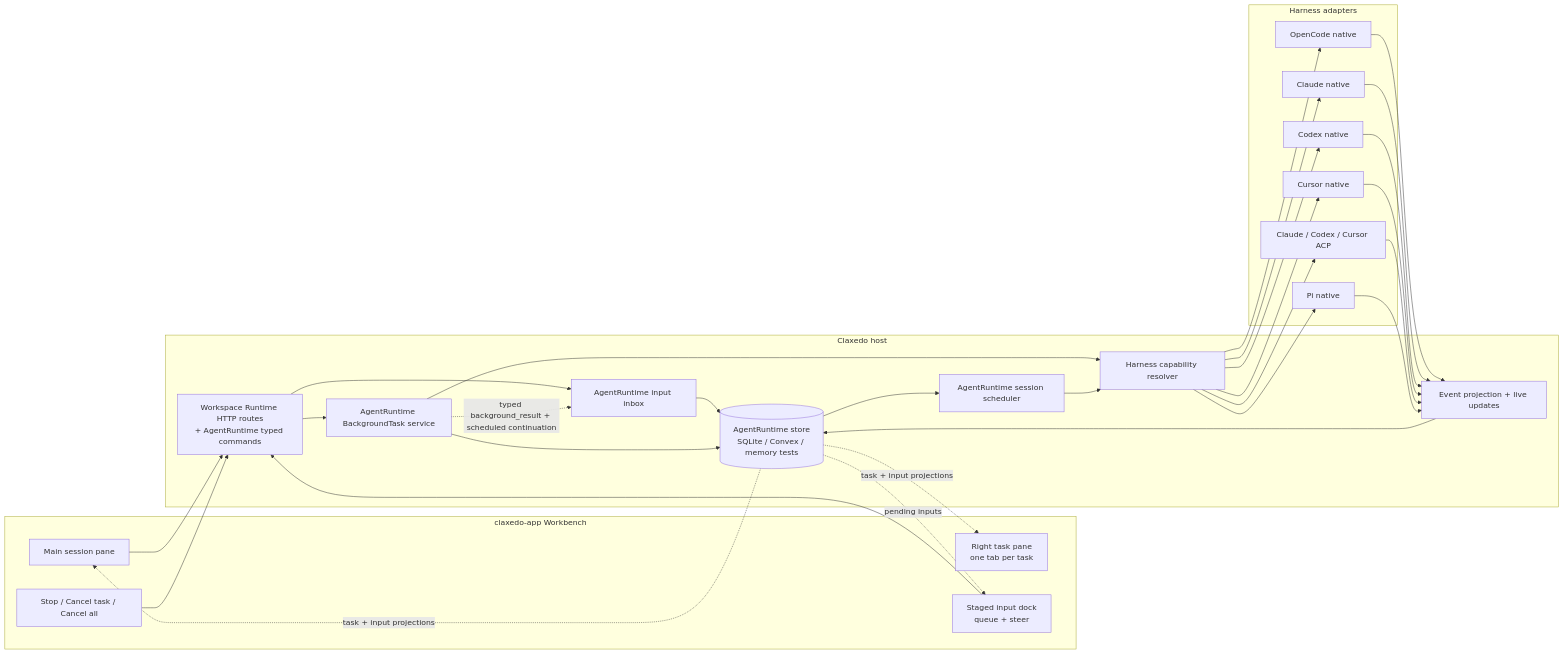
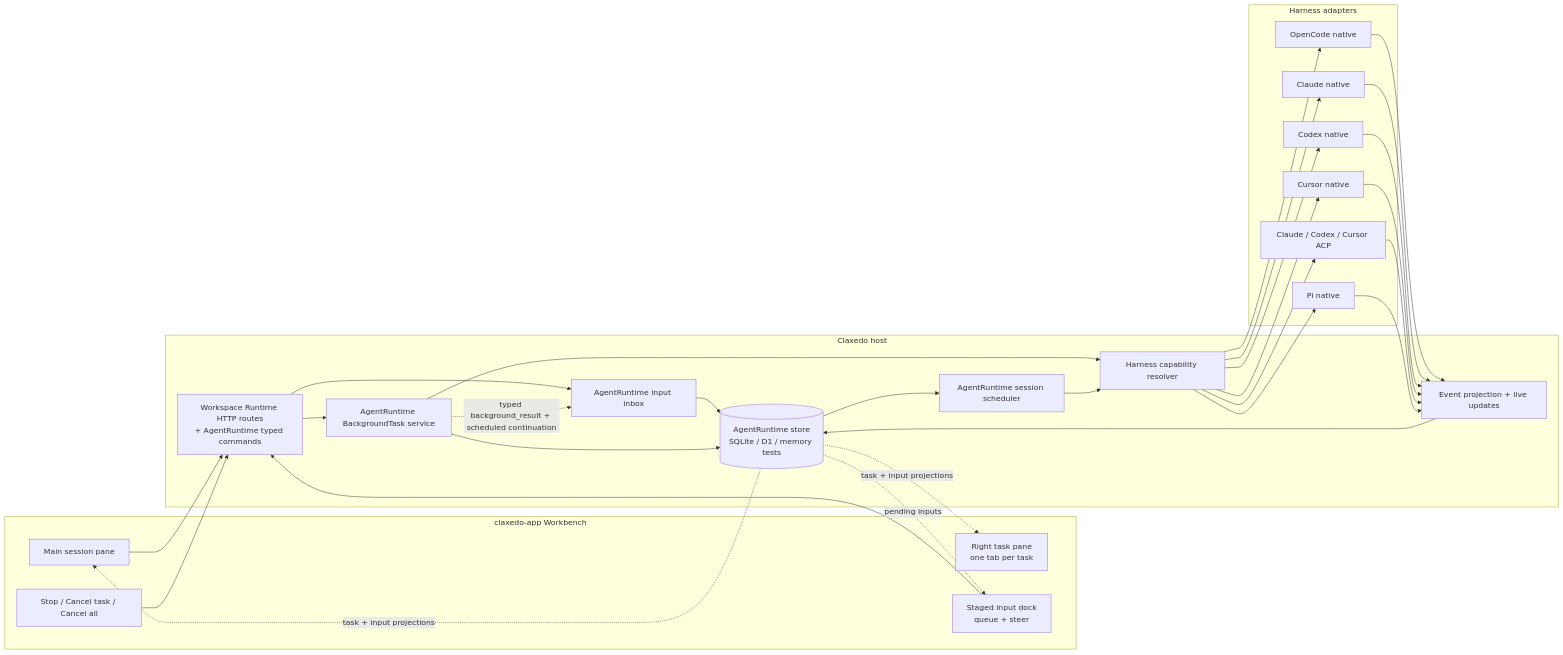
One commit to kyashrathore/Claxedo changed the first of 5 diagrams in docs/plans/2026-07-18-002-feat-background-agents-steering-plan.md. Above: the diagram before and after it, drawn with Mermaid. The commit also changed other lines of this file and 868 other files, not shown here.

````diff
--- a/docs/plans/2026-07-18-002-feat-background-agents-steering-plan.md
+++ b/docs/plans/2026-07-18-002-feat-background-agents-steering-plan.md
@@ -335,46 +335,46 @@
 ```mermaid
 flowchart LR
   subgraph UI [claxedo-app Workbench]
     MAIN["Main session pane"]
     TASKS["Right task pane\none tab per task"]
     STAGED["Staged input dock\nqueue + steer"]
     CONTROLS["Stop / Cancel task / Cancel all"]
   end
 
   subgraph HOST [Claxedo host]
     CMD["Workspace Runtime HTTP routes\n+ AgentRuntime typed commands"]
     INPUT["AgentRuntime input inbox"]
     TS["AgentRuntime BackgroundTask service"]
-    STORE[("AgentRuntime store\nSQLite / Convex / memory tests")]
+    STORE[("AgentRuntime store\nSQLite / D1 / memory tests")]
     EXEC["AgentRuntime session scheduler"]
     CAPS["Harness capability resolver"]
     PROJ["Event projection + live updates"]
   end
 
   subgraph ADAPTERS [Harness adapters]
     OC["OpenCode native"]
     CL["Claude native"]
     CX["Codex native"]
     CU["Cursor native"]
     ACP["Claude / Codex / Cursor ACP"]
     PI["Pi native"]
   end
 
   MAIN --> CMD
   STAGED --> CMD
   CONTROLS --> CMD
   CMD --> INPUT
   CMD --> TS
   INPUT --> STORE
   TS --> STORE
   TS --> CAPS
   CAPS --> OC & CL & CX & CU & ACP & PI
   STORE --> EXEC
   EXEC --> CAPS
   OC & CL & CX & CU & ACP & PI --> PROJ
   PROJ --> STORE
   STORE -. "task + input projections" .-> MAIN
   STORE -. "task + input projections" .-> TASKS
   STORE -. "pending inputs" .-> STAGED
   TS -. "typed background_result + scheduled continuation" .-> INPUT
 ```
````
